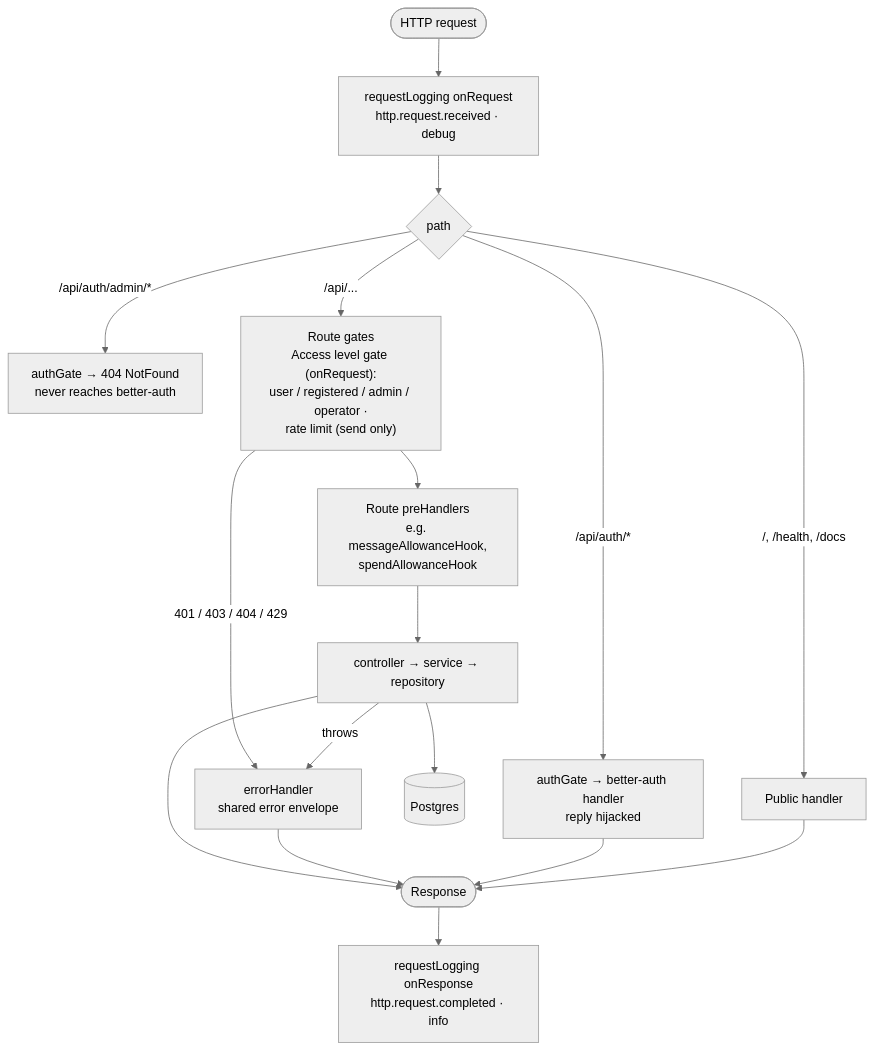
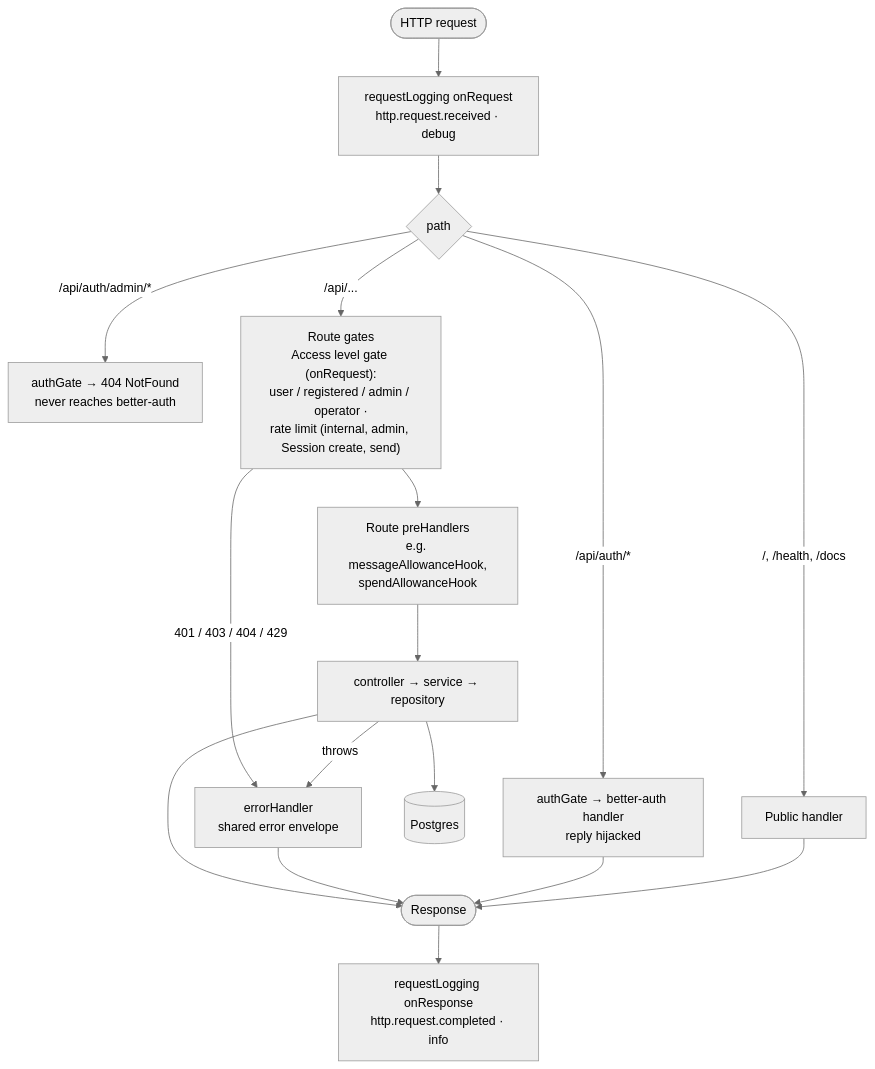
Before and after one commit to itsDaiton/nebula-chat: the fourth of 9 diagrams in docs/architecture.md, drawn with Mermaid (neutral theme). The commit also changed other lines of this file and 15 other files, not shown here.

````diff
--- a/docs/architecture.md
+++ b/docs/architecture.md
@@ -123,19 +123,19 @@
 ```mermaid
 flowchart TD
   req([HTTP request]) --> log1["requestLogging onRequest<br/>http.request.received · debug"]
   log1 --> which{path}
   which -->|"/api/auth/admin/*"| nf["authGate → 404 NotFound<br/>never reaches better-auth"]
   which -->|"/api/auth/*"| ba["authGate → better-auth handler<br/>reply hijacked"]
   which -->|"/, /health, /docs"| public[Public handler]
-  which -->|"/api/..."| gates["Route gates<br/>Access level gate (onRequest):<br/>user / registered / admin / operator ·<br/>rate limit (send only)"]
+  which -->|"/api/..."| gates["Route gates<br/>Access level gate (onRequest):<br/>user / registered / admin / operator ·<br/>rate limit (internal, admin, Session create, send)"]
   gates --> pre["Route preHandlers<br/>e.g. messageAllowanceHook,<br/>spendAllowanceHook"]
   pre --> handler["controller → service → repository"]
   handler --> pg[(Postgres)]
   gates -->|"401 / 403 / 404 / 429"| err
   handler -->|throws| err["errorHandler<br/>shared error envelope"]
   handler --> res([Response])
   err --> res
   ba --> res
   public --> res
   res --> log2["requestLogging onResponse<br/>http.request.completed · info"]
 ```
````
